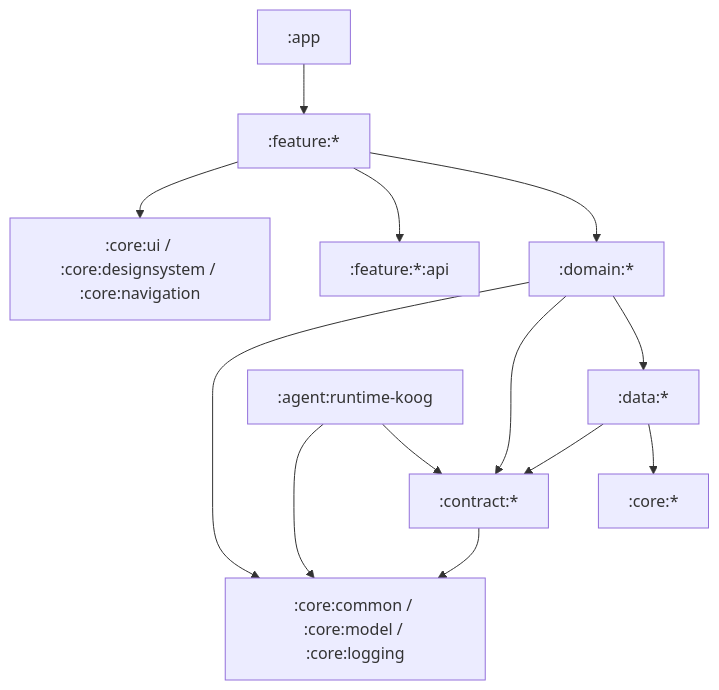
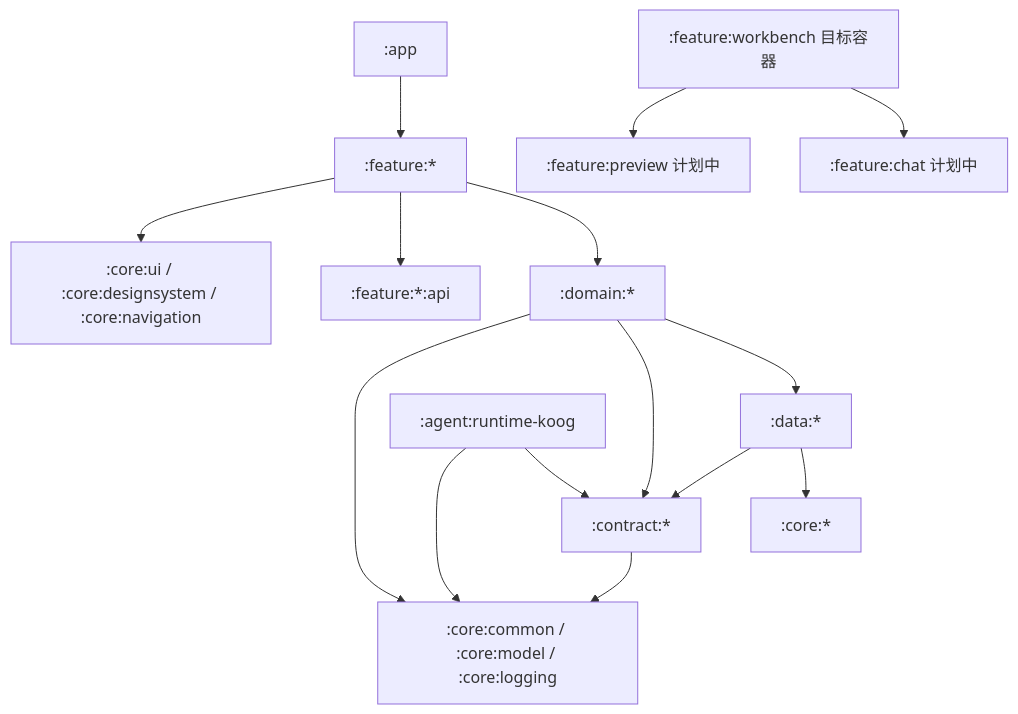
Before and after one commit to yclw/new-advd: the diagram in ARCHITECTURE.md, drawn with Mermaid. The commit also changed other lines of this file and 13 other files, not shown here.

Commit message:
docs(architecture): add workbench plan and mark implementation status

````diff
--- a/ARCHITECTURE.md
+++ b/ARCHITECTURE.md
@@ -37,19 +38,21 @@
 ```mermaid
 graph TD
     app[":app"] --> feature[":feature:*"]
 
     feature --> domain[":domain:*"]
     feature --> featureApi[":feature:*:api"]
+    workbench[":feature:workbench 目标容器"] --> chat[":feature:chat 计划中"]
+    workbench --> previewUi[":feature:preview 计划中"]
     feature --> uiCore[":core:ui / :core:designsystem / :core:navigation"]
 
     domain --> data[":data:*"]
     domain --> contract[":contract:*"]
     domain --> common[":core:common / :core:model / :core:logging"]
 
     data --> core[":core:*"]
     data --> contract
 
     agentRuntime[":agent:runtime-koog"] --> contract
     agentRuntime --> common
     contract --> common
 ```
````
